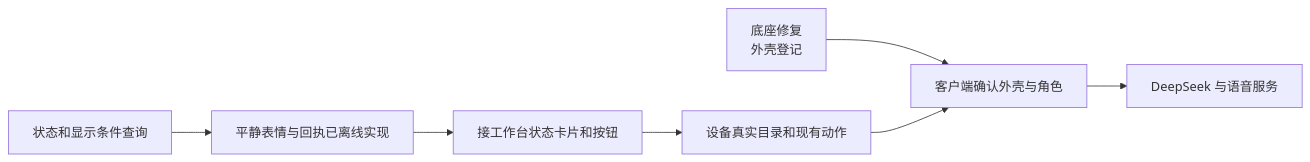
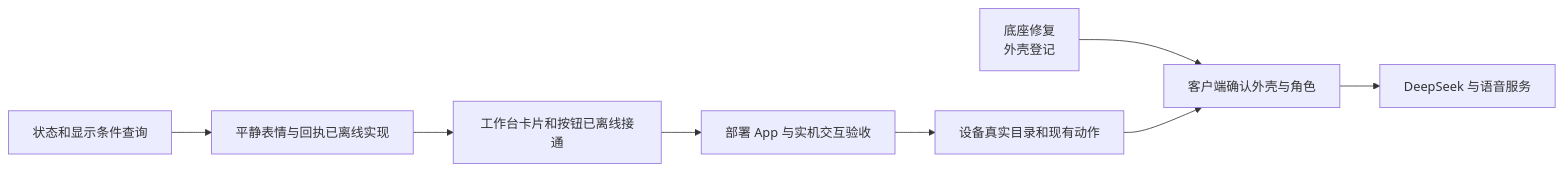
Before and after one commit to 404-NOT-FOUND-ERROR/DeskBot-Hardware: the diagram in docs/project-mainline.md, drawn with Mermaid. The commit also changed other lines of this file and 34 other files, not shown here.

````diff
--- a/docs/project-mainline.md
+++ b/docs/project-mainline.md
@@ -22,9 +23,10 @@
 ```mermaid
 flowchart LR
     A[状态和显示条件查询] --> B[平静表情与回执已离线实现]
-    B --> C[接工作台状态卡片和按钮]
-    C --> D[设备真实目录和现有动作]
+    B --> C[工作台卡片和按钮已离线接通]
+    C --> H[部署 App 与实机交互验收]
+    H --> D[设备真实目录和现有动作]
     E[底座修复\n外壳登记] --> F[客户端确认外壳与角色]
     D --> F
     F --> G[DeepSeek 与语音服务]
 ```
````
